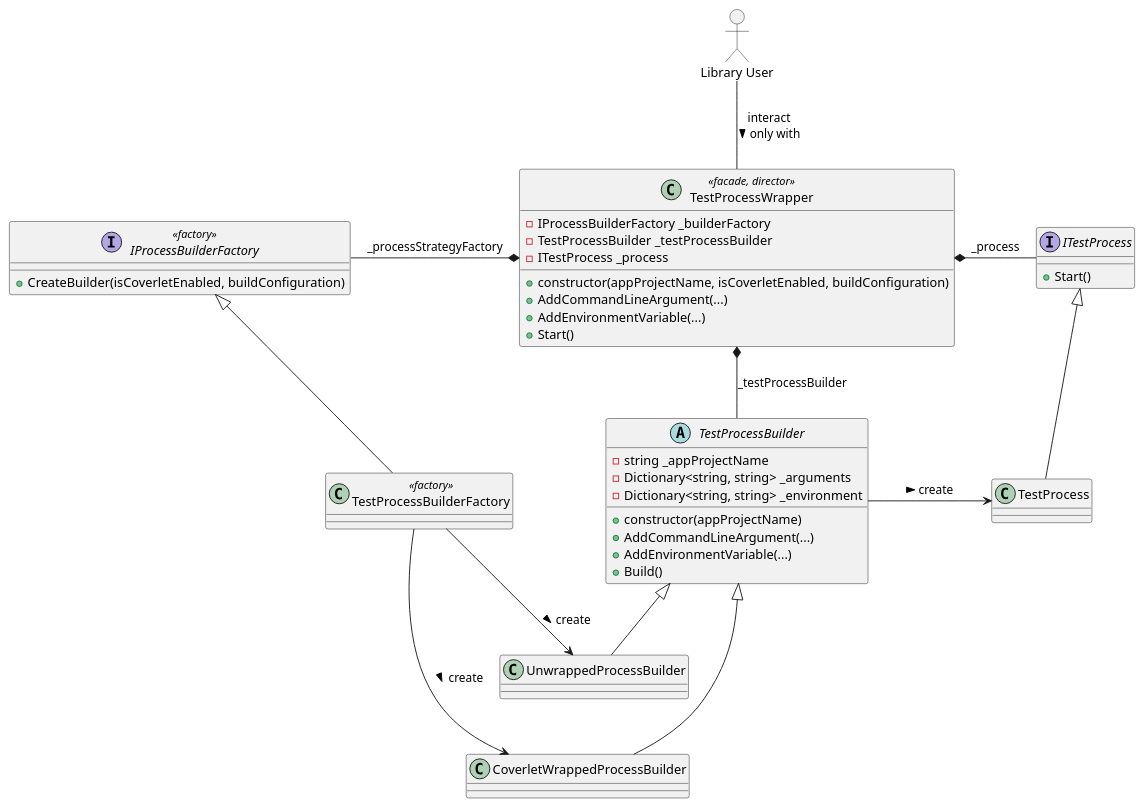
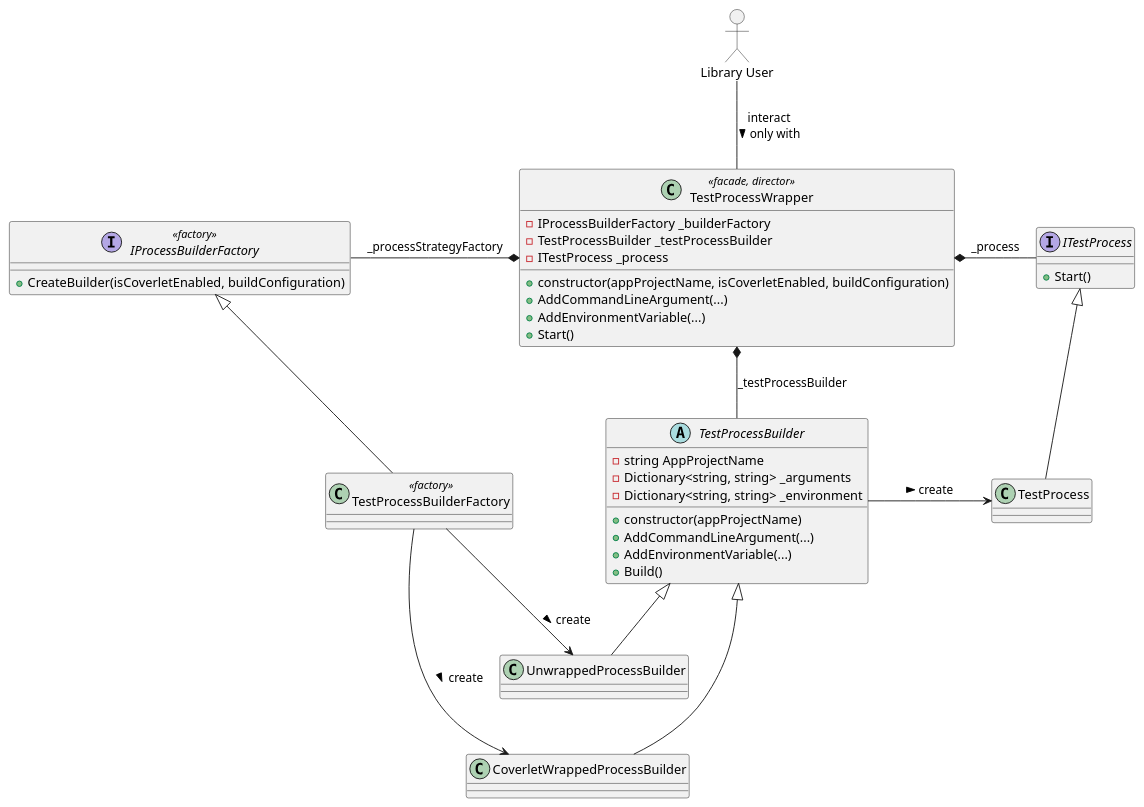
The diagram in docs/target_create_process.puml (wonderbird/TestProcessWrapper), drawn with PlantUML before and after one commit. The commit also changed 5 other files, not shown here.

```diff
--- a/docs/target_create_process.puml
+++ b/docs/target_create_process.puml
@@ -1,60 +1,60 @@
 @startuml
 allowmixing
 
 actor "Library User" as user
 
 class "TestProcessWrapper" as wrapper  << facade, director >> {
   - IProcessBuilderFactory _builderFactory
   - TestProcessBuilder _testProcessBuilder
   - ITestProcess _process
   
   + constructor(appProjectName, isCoverletEnabled, buildConfiguration)
   + AddCommandLineArgument(...)
   + AddEnvironmentVariable(...)
   + Start()
 }
 
 user -- wrapper : interact\nonly with >
 
 interface "IProcessBuilderFactory" as factory_if << factory >> {
   + CreateBuilder(isCoverletEnabled, buildConfiguration)
 }
 
 class "TestProcessBuilderFactory" as factory << factory >>
 factory_if <|-- factory
 
 factory_if -* wrapper : _processStrategyFactory
 
 abstract class "TestProcessBuilder" as builder {
-  - string _appProjectName
+  - string AppProjectName
   - Dictionary<string, string> _arguments
   - Dictionary<string, string> _environment
   + constructor(appProjectName)
   + AddCommandLineArgument(...)
   + AddEnvironmentVariable(...)
   + Build()
 }
 
 wrapper *- builder : _testProcessBuilder
 
 class "UnwrappedProcessBuilder" as process_builder
 builder <|-- process_builder
 factory --> process_builder : create >
 
 class "CoverletWrappedProcessBuilder" as coverlet_builder
 builder <|--- coverlet_builder
 factory ---> coverlet_builder : create >
 
 interface "ITestProcess" as process_if {
   + Start()
 }
 
 wrapper *- process_if : _process
 
 class "TestProcess" as process
 process_if <|-- process
 
 builder -> process : create >
 
 'factory_if ---- process_if
 @enduml
```
